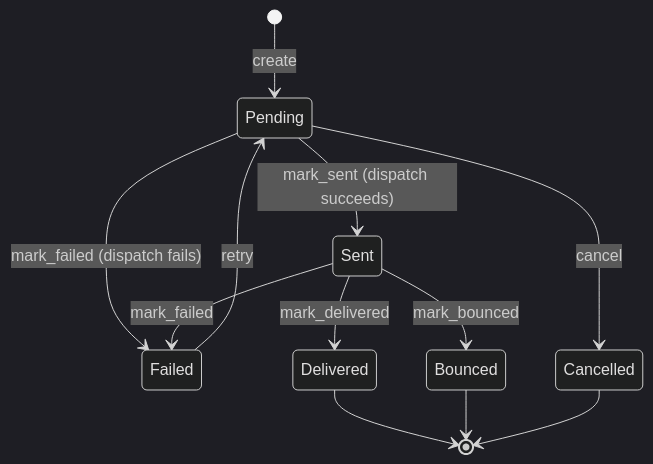
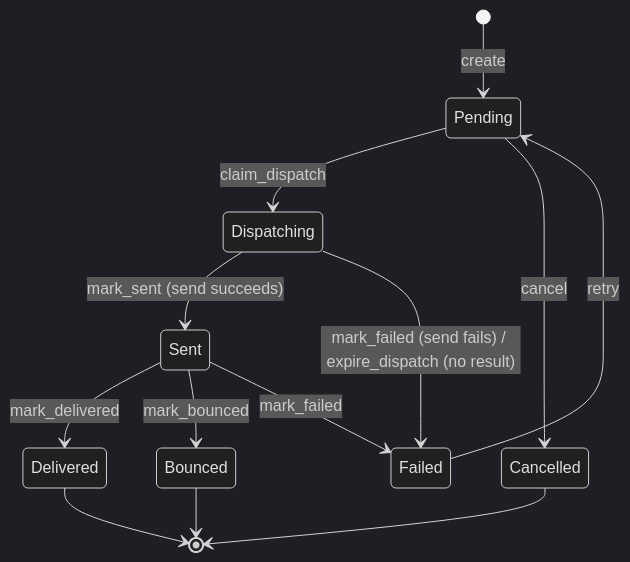
The diagram in docs/notifications/README.md (proteanhq/shopstream), drawn with Mermaid (dark theme) before and after one commit. The commit also changed other lines of this file and 61 other files, not shown here.

First line of the commit message:
Claim a notification before its send, and send retried notifications again (#130)

````diff
--- a/docs/notifications/README.md
+++ b/docs/notifications/README.md
@@ -90,14 +93,15 @@
 ```mermaid
 stateDiagram-v2
     [*] --> Pending : create
-    Pending --> Sent : mark_sent (dispatch succeeds)
-    Pending --> Failed : mark_failed (dispatch fails)
+    Pending --> Dispatching : claim_dispatch
     Pending --> Cancelled : cancel
+    Dispatching --> Sent : mark_sent (send succeeds)
+    Dispatching --> Failed : mark_failed (send fails) / expire_dispatch (no result)
     Sent --> Delivered : mark_delivered
     Sent --> Bounced : mark_bounced
     Sent --> Failed : mark_failed
     Failed --> Pending : retry
     Delivered --> [*]
     Bounced --> [*]
     Cancelled --> [*]
 ```
````
